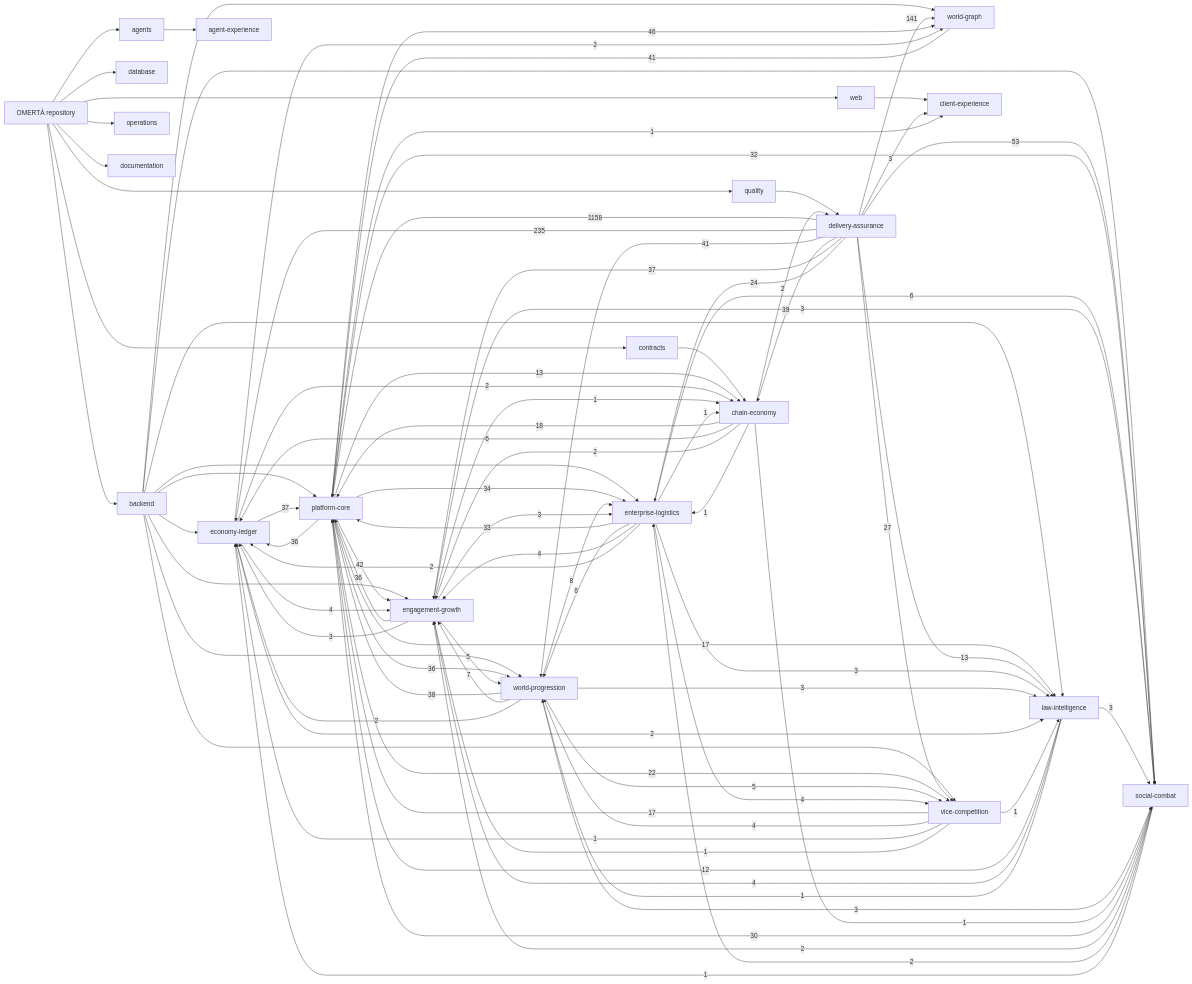
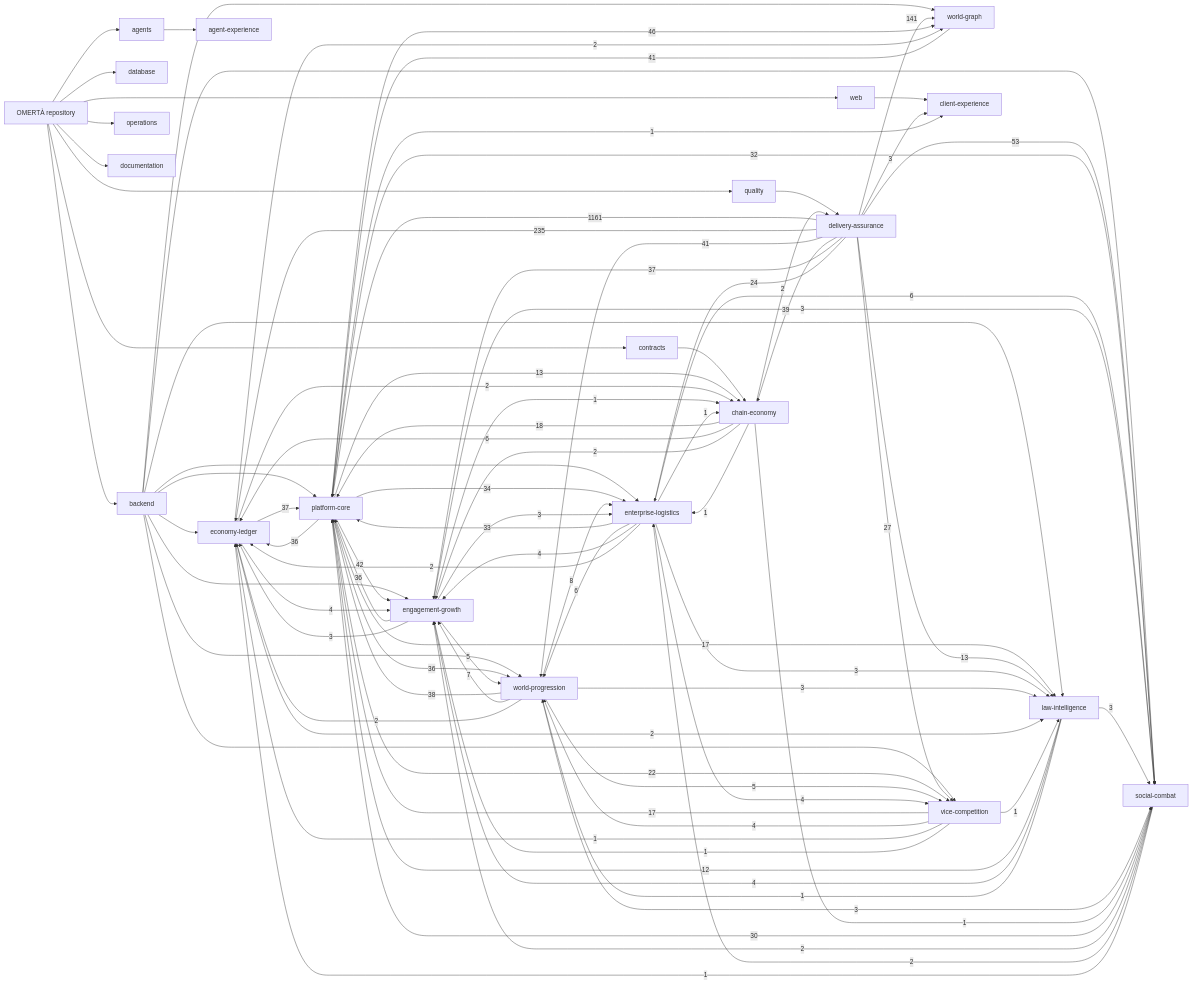
One commit to OmertaDev/Omerta changed the diagram in knowledge/generated/graph.mmd. Above: the diagram before and after it, drawn with Mermaid. The commit also changed 8 other files, not shown here.

```diff
--- a/knowledge/generated/graph.mmd
+++ b/knowledge/generated/graph.mmd
@@ -1,111 +1,111 @@
 flowchart LR
   repo["OMERTÀ repository"]
   sub_backend["backend"]
   repo --> sub_backend
   sub_database["database"]
   repo --> sub_database
   sub_web["web"]
   repo --> sub_web
   sub_contracts["contracts"]
   repo --> sub_contracts
   sub_agents["agents"]
   repo --> sub_agents
   sub_quality["quality"]
   repo --> sub_quality
   sub_operations["operations"]
   repo --> sub_operations
   sub_documentation["documentation"]
   repo --> sub_documentation
   dom_platform-core["platform-core"]
   dom_economy-ledger["economy-ledger"]
   dom_social-combat["social-combat"]
   dom_world-progression["world-progression"]
   dom_world-graph["world-graph"]
   dom_enterprise-logistics["enterprise-logistics"]
   dom_vice-competition["vice-competition"]
   dom_law-intelligence["law-intelligence"]
   dom_chain-economy["chain-economy"]
   dom_engagement-growth["engagement-growth"]
   dom_client-experience["client-experience"]
   dom_agent-experience["agent-experience"]
   dom_delivery-assurance["delivery-assurance"]
   sub_agents --> dom_agent-experience
   sub_backend --> dom_economy-ledger
   sub_backend --> dom_engagement-growth
   sub_backend --> dom_enterprise-logistics
   sub_backend --> dom_law-intelligence
   sub_backend --> dom_platform-core
   sub_backend --> dom_social-combat
   sub_backend --> dom_vice-competition
   sub_backend --> dom_world-graph
   sub_backend --> dom_world-progression
   sub_contracts --> dom_chain-economy
   sub_quality --> dom_delivery-assurance
   sub_web --> dom_client-experience
-  dom_delivery-assurance -->|1158| dom_platform-core
+  dom_delivery-assurance -->|1161| dom_platform-core
   dom_delivery-assurance -->|235| dom_economy-ledger
   dom_delivery-assurance -->|141| dom_world-graph
   dom_delivery-assurance -->|53| dom_social-combat
   dom_platform-core -->|46| dom_world-graph
   dom_platform-core -->|42| dom_engagement-growth
   dom_delivery-assurance -->|41| dom_world-progression
   dom_world-graph -->|41| dom_platform-core
   dom_delivery-assurance -->|39| dom_chain-economy
   dom_world-progression -->|38| dom_platform-core
   dom_delivery-assurance -->|37| dom_engagement-growth
   dom_economy-ledger -->|37| dom_platform-core
   dom_engagement-growth -->|36| dom_platform-core
   dom_platform-core -->|36| dom_economy-ledger
   dom_platform-core -->|36| dom_world-progression
   dom_platform-core -->|34| dom_enterprise-logistics
   dom_enterprise-logistics -->|33| dom_platform-core
   dom_platform-core -->|32| dom_social-combat
   dom_social-combat -->|30| dom_platform-core
   dom_delivery-assurance -->|27| dom_vice-competition
   dom_delivery-assurance -->|24| dom_enterprise-logistics
   dom_platform-core -->|22| dom_vice-competition
   dom_chain-economy -->|18| dom_platform-core
   dom_platform-core -->|17| dom_law-intelligence
   dom_vice-competition -->|17| dom_platform-core
   dom_delivery-assurance -->|13| dom_law-intelligence
   dom_platform-core -->|13| dom_chain-economy
   dom_law-intelligence -->|12| dom_platform-core
   dom_world-progression -->|8| dom_enterprise-logistics
   dom_world-progression -->|7| dom_engagement-growth
   dom_chain-economy -->|6| dom_economy-ledger
   dom_enterprise-logistics -->|6| dom_social-combat
   dom_enterprise-logistics -->|6| dom_world-progression
   dom_engagement-growth -->|5| dom_world-progression
   dom_world-progression -->|5| dom_vice-competition
   dom_economy-ledger -->|4| dom_engagement-growth
   dom_enterprise-logistics -->|4| dom_engagement-growth
   dom_enterprise-logistics -->|4| dom_vice-competition
   dom_law-intelligence -->|4| dom_engagement-growth
   dom_vice-competition -->|4| dom_world-progression
   dom_delivery-assurance -->|3| dom_client-experience
   dom_engagement-growth -->|3| dom_economy-ledger
   dom_engagement-growth -->|3| dom_enterprise-logistics
   dom_engagement-growth -->|3| dom_social-combat
   dom_enterprise-logistics -->|3| dom_law-intelligence
   dom_law-intelligence -->|3| dom_social-combat
   dom_world-progression -->|3| dom_law-intelligence
   dom_world-progression -->|3| dom_social-combat
   dom_chain-economy -->|2| dom_delivery-assurance
   dom_chain-economy -->|2| dom_engagement-growth
   dom_economy-ledger -->|2| dom_chain-economy
   dom_economy-ledger -->|2| dom_law-intelligence
   dom_economy-ledger -->|2| dom_world-graph
   dom_enterprise-logistics -->|2| dom_economy-ledger
   dom_social-combat -->|2| dom_engagement-growth
   dom_social-combat -->|2| dom_enterprise-logistics
   dom_world-progression -->|2| dom_economy-ledger
   dom_chain-economy -->|1| dom_enterprise-logistics
   dom_chain-economy -->|1| dom_social-combat
   dom_engagement-growth -->|1| dom_chain-economy
   dom_enterprise-logistics -->|1| dom_chain-economy
   dom_law-intelligence -->|1| dom_world-progression
   dom_platform-core -->|1| dom_client-experience
   dom_social-combat -->|1| dom_economy-ledger
   dom_vice-competition -->|1| dom_economy-ledger
   dom_vice-competition -->|1| dom_engagement-growth
   dom_vice-competition -->|1| dom_law-intelligence
```
